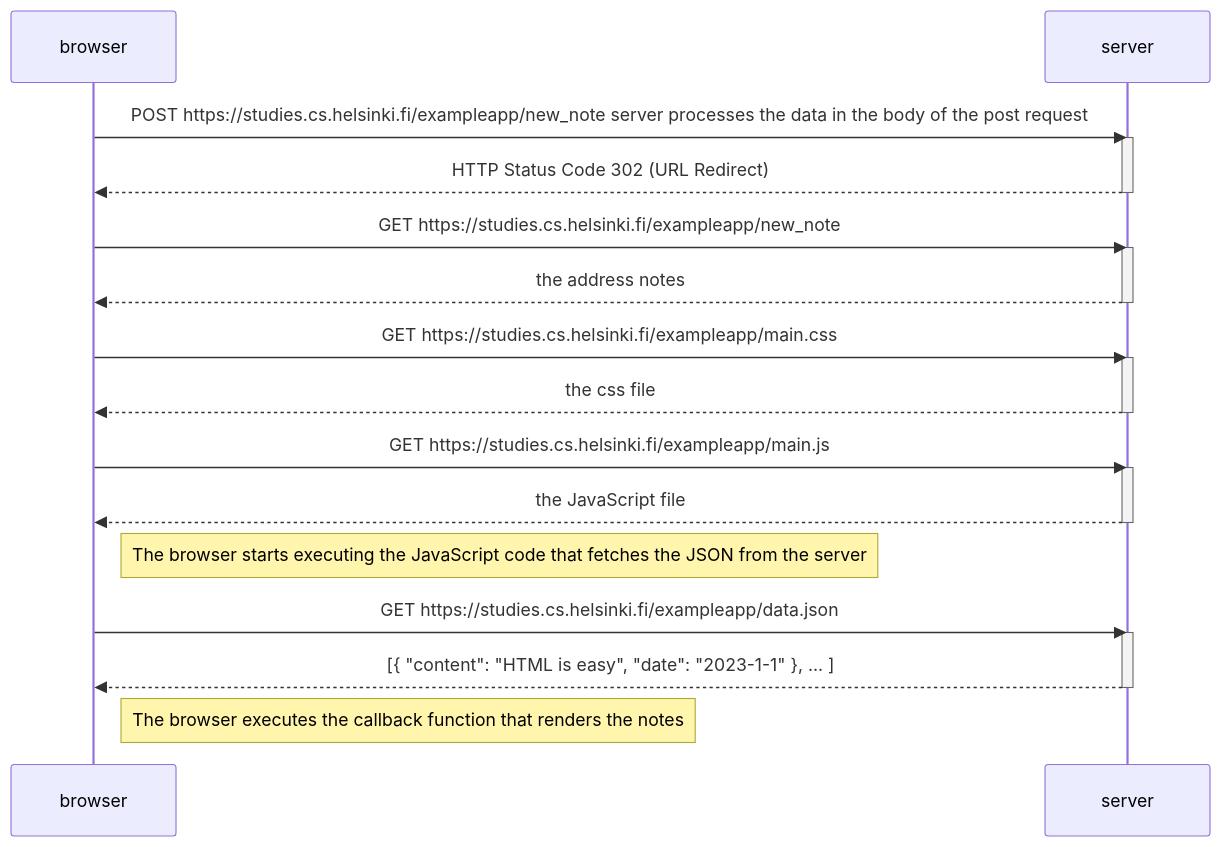
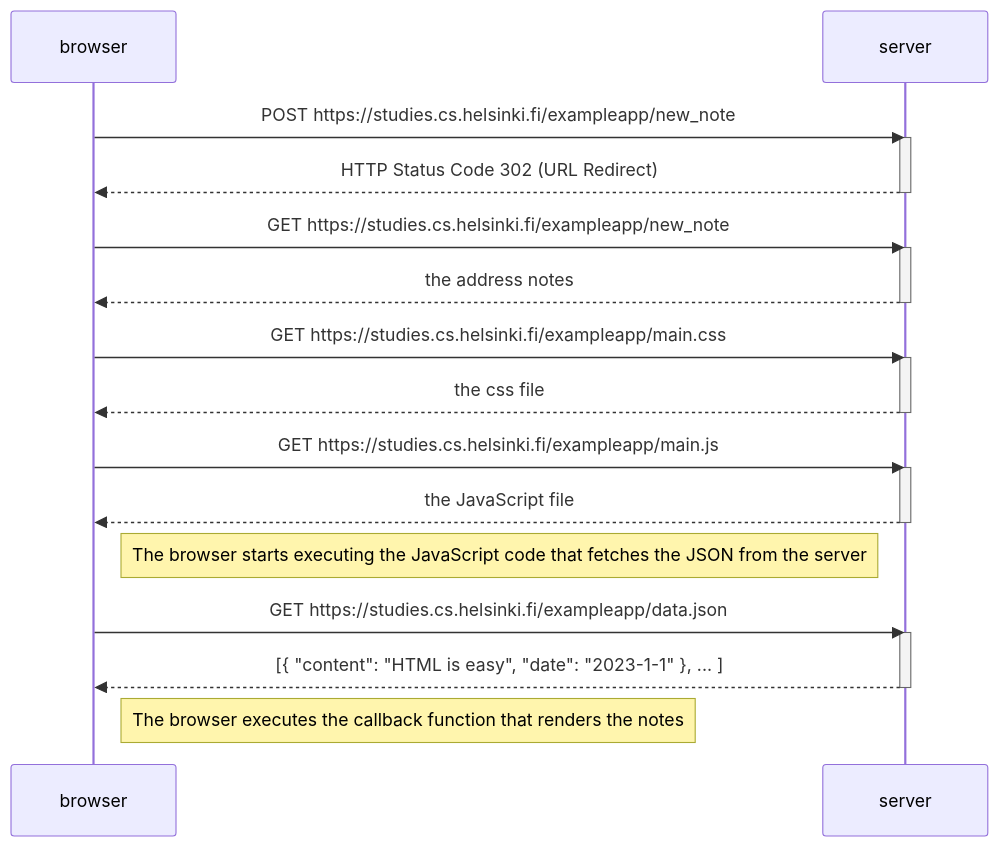
One commit to Gabriel-Labariento/full-stack-open changed the diagram in part0/newNoteDiagram.md. Above: the diagram before and after it, drawn with Mermaid.

Commit message:
Added new step

````diff
--- a/part0/newNoteDiagram.md
+++ b/part0/newNoteDiagram.md
@@ -1,35 +1,35 @@
 ``` mermaid
 sequenceDiagram
     participant browser
     participant server
 
-    browser->>server: POST https://studies.cs.helsinki.fi/exampleapp/new_note server processes the data in the body of the post request
+    browser->>server: POST https://studies.cs.helsinki.fi/exampleapp/new_note 
     activate server
     server-->>browser: HTTP Status Code 302 (URL Redirect)
     deactivate server
 
     browser->>server: GET https://studies.cs.helsinki.fi/exampleapp/new_note
     activate server
     server-->>browser: the address notes
     deactivate server
     
 
     browser->>server: GET https://studies.cs.helsinki.fi/exampleapp/main.css
     activate server
     server-->>browser: the css file
     deactivate server
 
     browser->>server: GET https://studies.cs.helsinki.fi/exampleapp/main.js
     activate server
     server-->>browser: the JavaScript file
     deactivate server
 
     Note right of browser: The browser starts executing the JavaScript code that fetches the JSON from the server
 
     browser->>server: GET https://studies.cs.helsinki.fi/exampleapp/data.json
     activate server
     server-->>browser: [{ "content": "HTML is easy", "date": "2023-1-1" }, ... ]
     deactivate server
 
     Note right of browser: The browser executes the callback function that renders the notes
 ```
````
